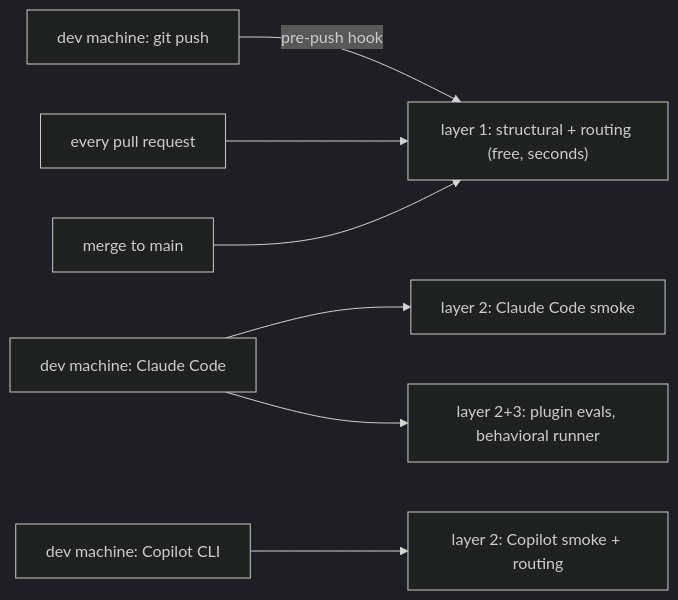
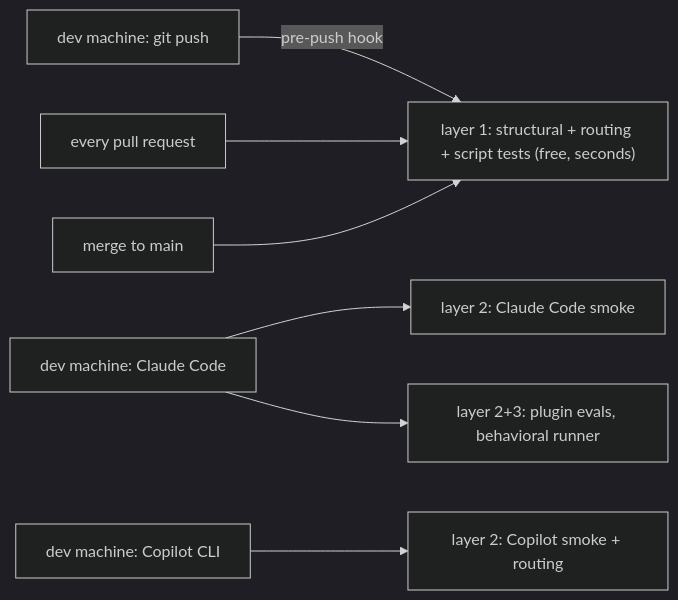
One commit to Dawn-Technology/aicelerate changed the diagram in tests/README.md. Above: the diagram before and after it, drawn with Mermaid (dark theme). The commit also changed other lines of this file and 14 other files, not shown here.

````diff
--- a/tests/README.md
+++ b/tests/README.md
@@ -34,9 +35,9 @@
 ```mermaid
 flowchart LR
-    push[dev machine: git push] -->|pre-push hook| L1["layer 1: structural + routing (free, seconds)"]
+    push[dev machine: git push] -->|pre-push hook| L1["layer 1: structural + routing + script tests (free, seconds)"]
     pr[every pull request] --> L1
     merge[merge to main] --> L1
     local[dev machine: Claude Code] --> smoke["layer 2: Claude Code smoke"]
     local --> evals["layer 2+3: plugin evals, behavioral runner"]
     localcop[dev machine: Copilot CLI] --> cop["layer 2: Copilot smoke + routing"]
 ```
````
